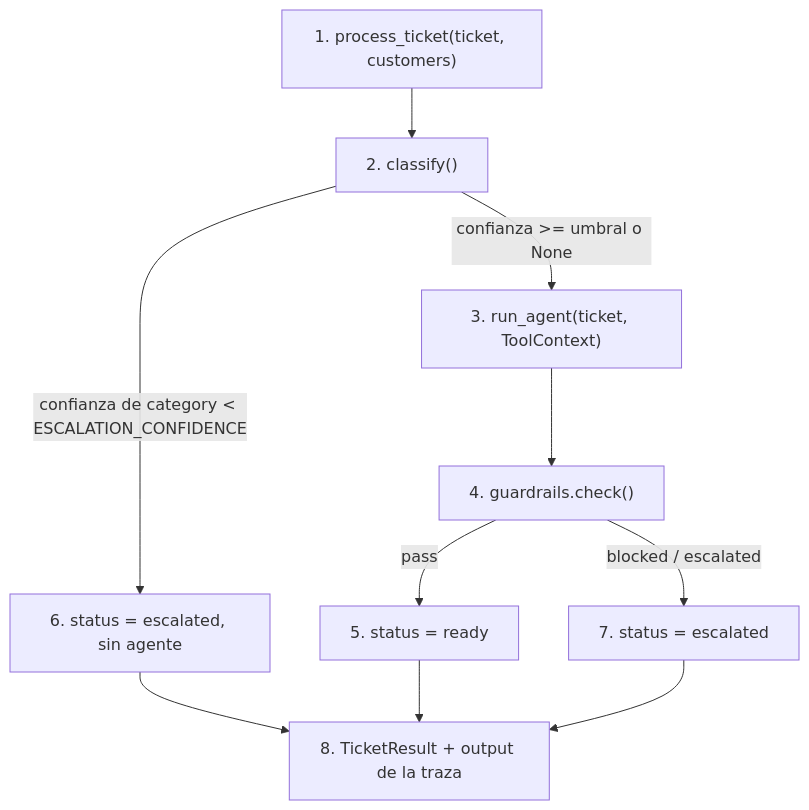
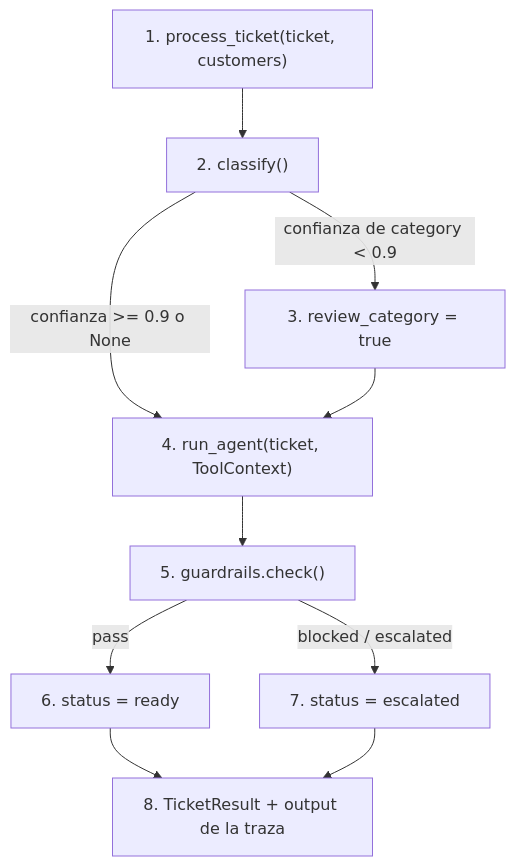
One commit to SearchingAlpha/haddock-cx-copilot changed the diagram in docs/specs/pipeline.md. Above: the diagram before and after it, drawn with Mermaid. The commit also changed other lines of this file and 9 other files, not shown here.

First line of the commit message:
refactor(pipeline): low category confidence flags review, never escalates

````diff
--- a/docs/specs/pipeline.md
+++ b/docs/specs/pipeline.md
@@ -8,12 +8,12 @@
 ```mermaid
 flowchart TD
     n1["1. process_ticket(ticket, customers)"] --> n2["2. classify()"]
-    n2 -->|"confianza de category < ESCALATION_CONFIDENCE"| n6["6. status = escalated, sin agente"]
-    n2 -->|"confianza >= umbral o None"| n3["3. run_agent(ticket, ToolContext)"]
-    n3 --> n4["4. guardrails.check()"]
-    n4 -->|"pass"| n5["5. status = ready"]
-    n4 -->|"blocked / escalated"| n7["7. status = escalated"]
-    n5 --> n8["8. TicketResult + output de la traza"]
-    n6 --> n8
+    n2 -->|"confianza de category < 0.9"| n3["3. review_category = true"]
+    n2 -->|"confianza >= 0.9 o None"| n4
+    n3 --> n4["4. run_agent(ticket, ToolContext)"]
+    n4 --> n5["5. guardrails.check()"]
+    n5 -->|"pass"| n6["6. status = ready"]
+    n5 -->|"blocked / escalated"| n7["7. status = escalated"]
+    n6 --> n8["8. TicketResult + output de la traza"]
     n7 --> n8
 ```
````
